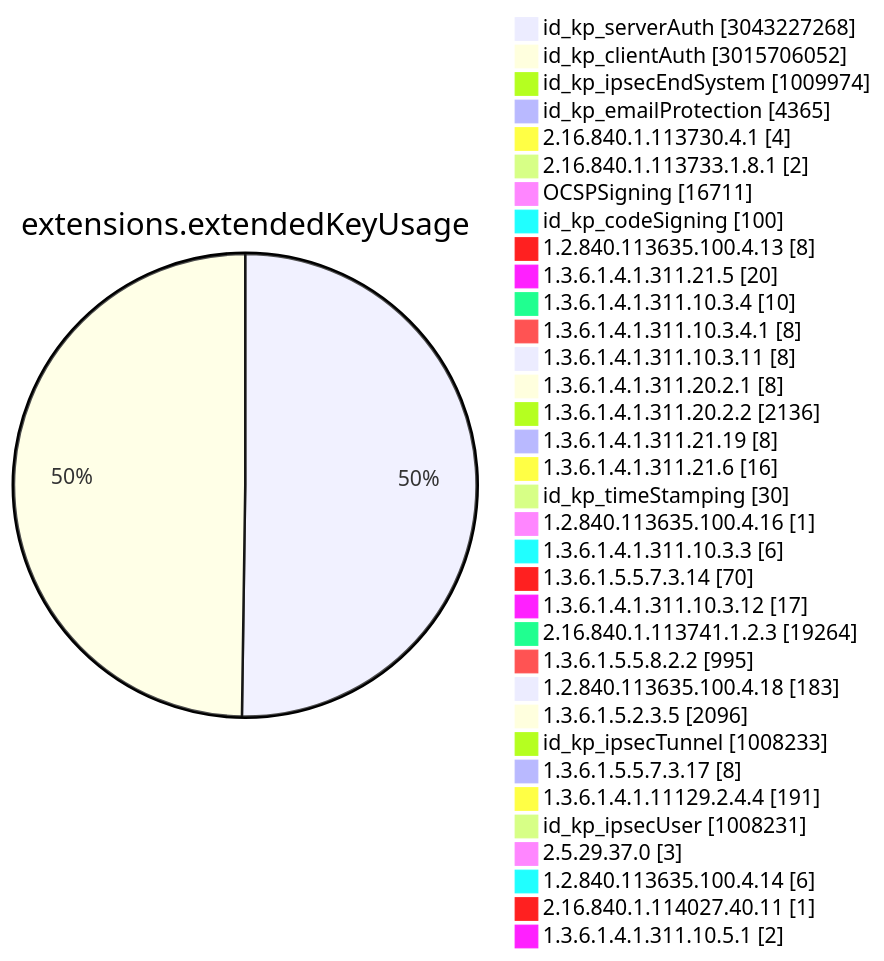
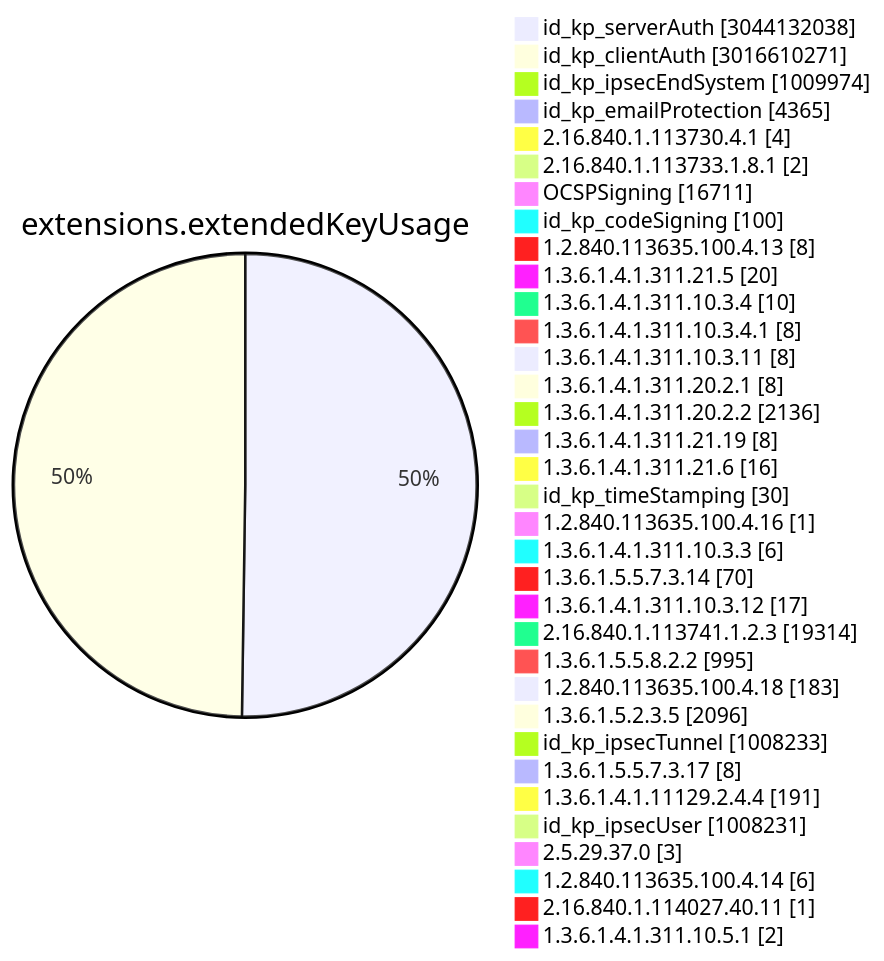
Before and after one commit to christiankrug/ctmonitor_visualization: diagram 11 of 15 in TOTAL/README.md, drawn with Mermaid. The commit also changed other lines of this file, not shown here.

````diff
--- a/TOTAL/README.md
+++ b/TOTAL/README.md
@@ -4116,38 +4116,38 @@
 ```mermaid
 pie showData
 title extensions.extendedKeyUsage
-"id_kp_serverAuth" :3043227268
-"id_kp_clientAuth" :3015706052
+"id_kp_serverAuth" :3044132038
+"id_kp_clientAuth" :3016610271
 "id_kp_ipsecEndSystem" :1009974
 "id_kp_emailProtection" :4365
 "2.16.840.1.113730.4.1" :4
 "2.16.840.1.113733.1.8.1" :2
 "OCSPSigning" :16711
 "id_kp_codeSigning" :100
 "1.2.840.113635.100.4.13" :8
 "1.3.6.1.4.1.311.21.5" :20
 "1.3.6.1.4.1.311.10.3.4" :10
 "1.3.6.1.4.1.311.10.3.4.1" :8
 "1.3.6.1.4.1.311.10.3.11" :8
 "1.3.6.1.4.1.311.20.2.1" :8
 "1.3.6.1.4.1.311.20.2.2" :2136
 "1.3.6.1.4.1.311.21.19" :8
 "1.3.6.1.4.1.311.21.6" :16
 "id_kp_timeStamping" :30
 "1.2.840.113635.100.4.16" :1
 "1.3.6.1.4.1.311.10.3.3" :6
 "1.3.6.1.5.5.7.3.14" :70
 "1.3.6.1.4.1.311.10.3.12" :17
-"2.16.840.1.113741.1.2.3" :19264
+"2.16.840.1.113741.1.2.3" :19314
 "1.3.6.1.5.5.8.2.2" :995
 "1.2.840.113635.100.4.18" :183
 "1.3.6.1.5.2.3.5" :2096
 "id_kp_ipsecTunnel" :1008233
 "1.3.6.1.5.5.7.3.17" :8
 "1.3.6.1.4.1.11129.2.4.4" :191
 "id_kp_ipsecUser" :1008231
 "2.5.29.37.0" :3
 "1.2.840.113635.100.4.14" :6
 "2.16.840.1.114027.40.11" :1
 "1.3.6.1.4.1.311.10.5.1" :2
 ```
````
